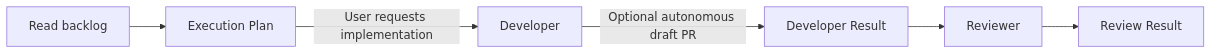
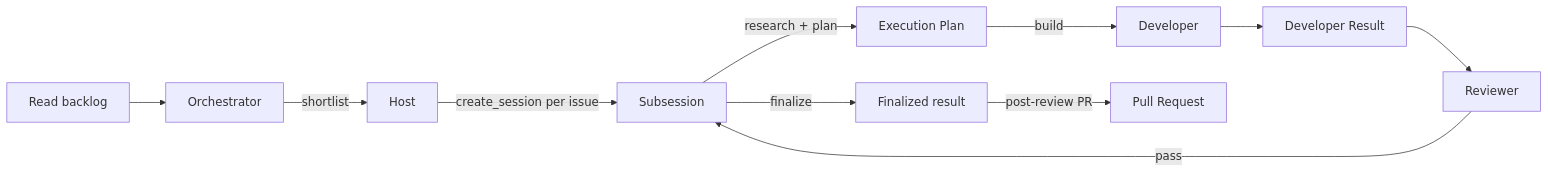
Before and after one commit to lfarci/loganfarci.com: the diagram in docs/agents/simple-delivery.md, drawn with Mermaid. The commit also changed other lines of this file and 4 other files, not shown here.

First line of the commit message:
feat(agents): dispatch per-issue subsessions from backlog triage

````diff
--- a/docs/agents/simple-delivery.md
+++ b/docs/agents/simple-delivery.md
@@ -32,8 +41,13 @@
 ```mermaid
 flowchart LR
-    B[Read backlog] --> P[Execution Plan]
-    P -->|User requests implementation| D[Developer]
-    D -->|Optional autonomous draft PR| R[Developer Result]
+    B[Read backlog] --> O[Orchestrator]
+    O -->|shortlist| H[Host]
+    H -->|create_session per issue| S[Subsession]
+    S -->|research + plan| P[Execution Plan]
+    P -->|build| D[Developer]
+    D --> R[Developer Result]
     R --> V[Reviewer]
-    V --> O[Review Result]
+    V -->|pass| S
+    S -->|finalize| F[Finalized result]
+    F -->|post-review PR| PR[Pull Request]
 ```
````
